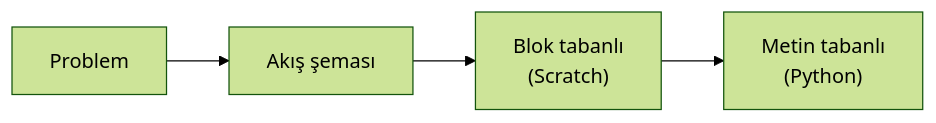
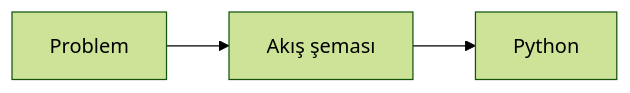
One commit to aligunesgit/AlgoritmaTasarimi changed the diagram in README.md. Above: the diagram before and after it, drawn with Mermaid (forest theme). The commit also changed other lines of this file and 19 other files, not shown here.

First line of the commit message:
content: remove Scratch, keep flowchart → Python

````diff
--- a/README.md
+++ b/README.md
@@ -63,6 +63,5 @@
 ```mermaid
 flowchart LR
     A["Problem"] --> B["Akış şeması"]
-    B --> C["Blok tabanlı<br>(Scratch)"]
-    C --> D["Metin tabanlı<br>(Python)"]
+    B --> C["Python"]
 ```
````
